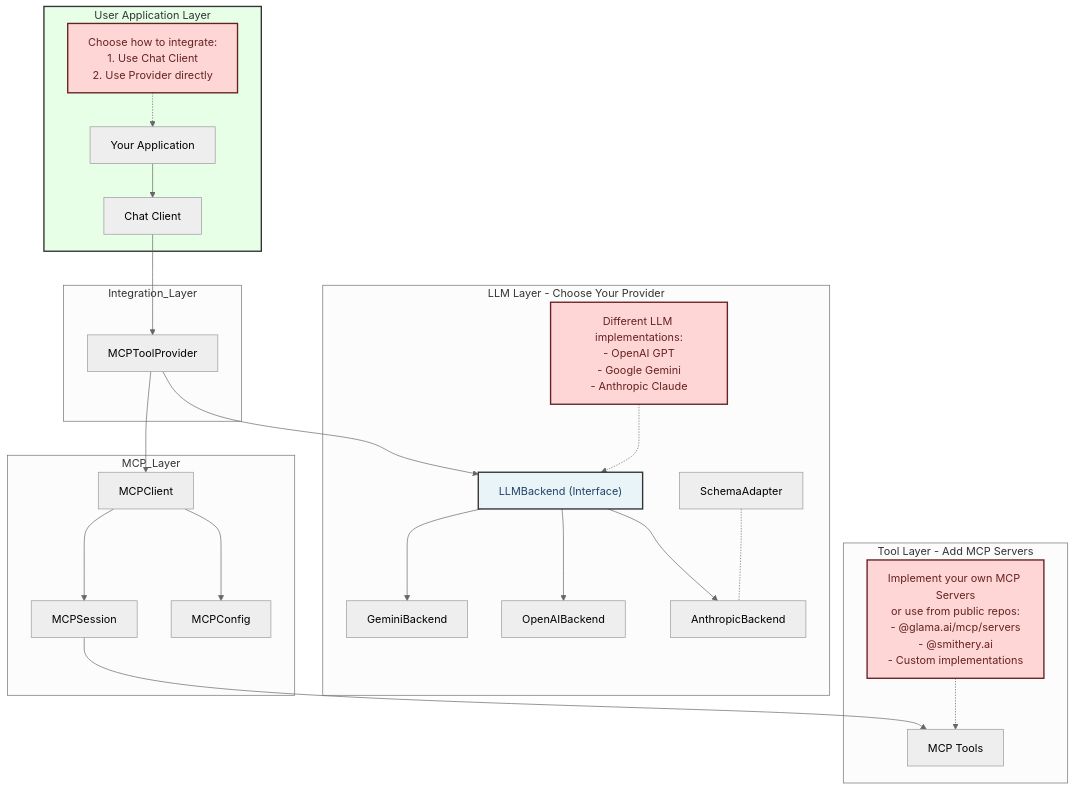
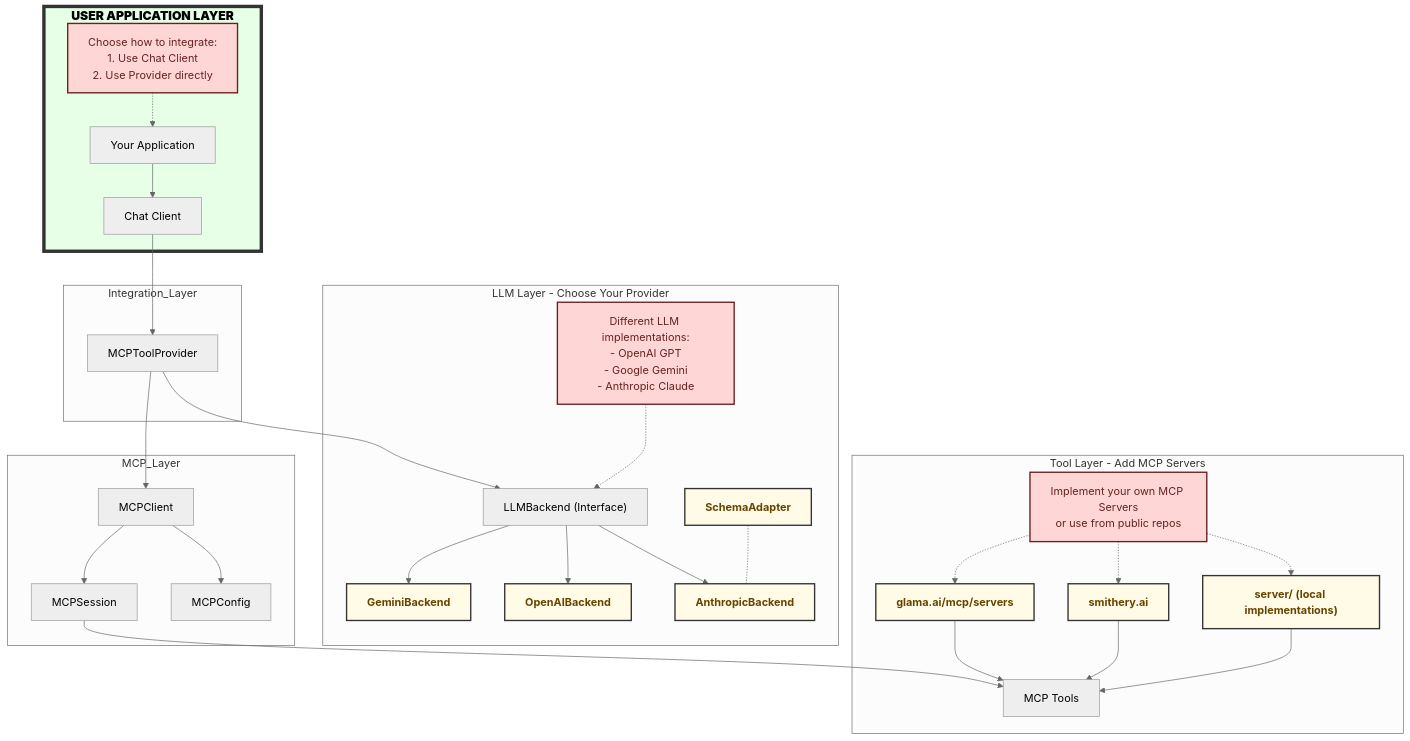
Before and after one commit to beanone/agentical: the diagram in README.md, drawn with Mermaid (neutral theme). The commit also changed 1 other file, not shown here.

Commit message:
Updated diagram

````diff
--- a/README.md
+++ b/README.md
@@ -214,60 +214,79 @@
 ```mermaid
 graph TD
-    subgraph Application_Layer[User Application Layer]
+    subgraph Application_Layer["USER APPLICATION LAYER"]
         App[Your Application]
         Chat[Chat Client]
         App --> Chat
         note1[Choose how to integrate:<br/>1. Use Chat Client<br/>2. Use Provider directly]
         note1 -.-> App
     end
 
     subgraph Integration_Layer
         Provider[MCPToolProvider]
         Chat --> Provider
     end
 
     subgraph MCP_Layer
         MCP[MCPClient]
         Session[MCPSession]
         Config[MCPConfig]
         MCP --> Session
         MCP --> Config
         Provider --> MCP
     end
 
     subgraph LLM_Layer[LLM Layer - Choose Your Provider]
         LLMBackend["LLMBackend (Interface)"]
         Adapter[SchemaAdapter]
         
         Gemini[GeminiBackend]
         OpenAI[OpenAIBackend]
         Anthropic[AnthropicBackend]
         
         LLMBackend --> Gemini
         LLMBackend --> OpenAI
         LLMBackend --> Anthropic
         Adapter -.- Anthropic
         Provider --> LLMBackend
         
         note2[Different LLM implementations:<br/>- OpenAI GPT<br/>- Google Gemini<br/>- Anthropic Claude]
         note2 -.-> LLMBackend
     end
 
     subgraph Tool_Layer[Tool Layer - Add MCP Servers]
         Tools[MCP Tools]
         Session --> Tools
-        note3[Implement your own MCP Servers<br/>or use from public repos:<br/>- @glama.ai/mcp/servers<br/>- @smithery.ai<br/>- Custom implementations]
-        note3 -.-> Tools
+        GlamaLink["glama.ai/mcp/servers"]
+        SmitheryLink["smithery.ai"]
+        CustomTools["server/ (local implementations)"]
+        note3[Implement your own MCP Servers<br/>or use from public repos]
+        note3 -.-> GlamaLink
+        note3 -.-> SmitheryLink
+        note3 -.-> CustomTools
+        GlamaLink --> Tools
+        SmitheryLink --> Tools
+        CustomTools --> Tools
     end
 
-    classDef interface fill:#e8f4f8,stroke:#333,stroke-width:2px,color:#224466
-    classDef userLayer fill:#e6ffe6,stroke:#333,stroke-width:2px
+    classDef userLayer fill:#e6ffe6,stroke:#333,stroke-width:5px,color:#000,font-weight:900,font-size:18px
     classDef note fill:#ffd6d6,stroke:#662222,stroke-width:2px,color:#662222
-    classDef toolNote fill:#ffd6d6,stroke:#662222,stroke-width:2px,color:#662222
+    classDef implementation fill:#fffbe6,stroke:#333,stroke-width:2px,color:#664400,font-weight:bold
+    classDef link fill:#fffbe6,stroke:#333,stroke-width:2px,color:#664400,font-weight:bold
 
     class Application_Layer userLayer
     class LLMBackend interface
     class note1 note
     class note2 note
     class note3 note
+    class Gemini implementation
+    class OpenAI implementation
+    class Anthropic implementation
+    class Adapter implementation
+    class GlamaLink link
+    class SmitheryLink link
+    class CustomTools link
+
+    click GlamaLink "https://glama.ai/mcp/servers" _blank
+    click SmitheryLink "https://smithery.ai" _blank
+    click CustomTools "./server" _blank
 ```
````
